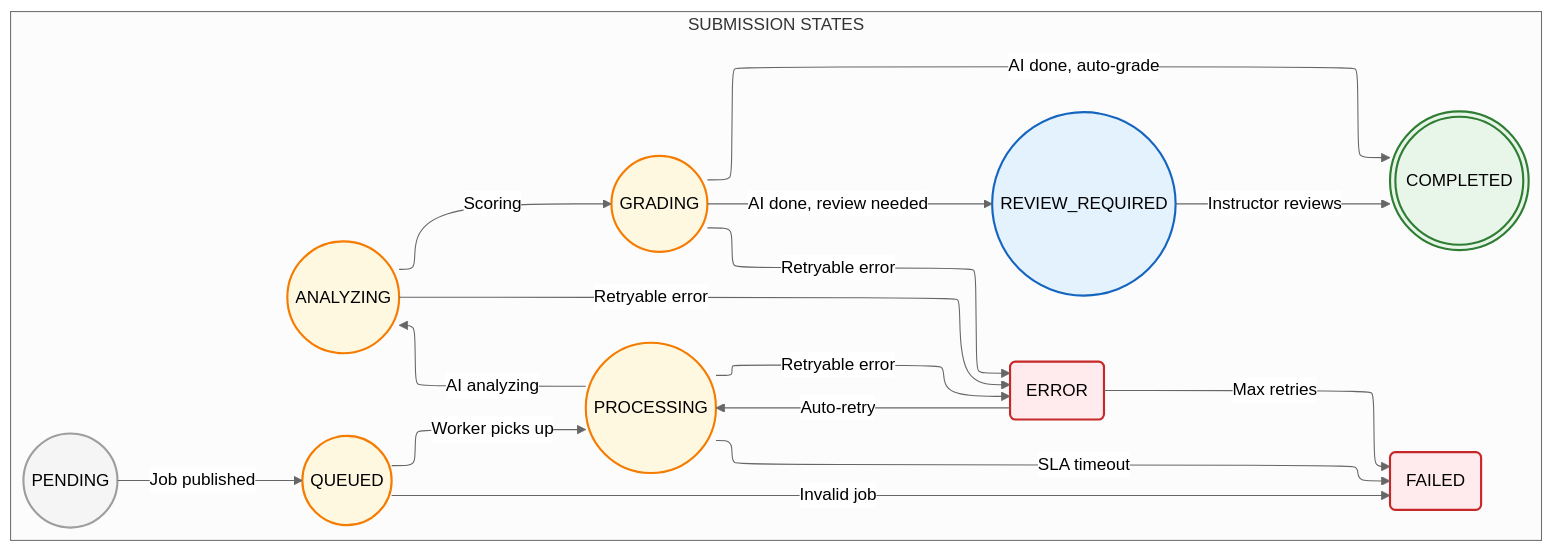
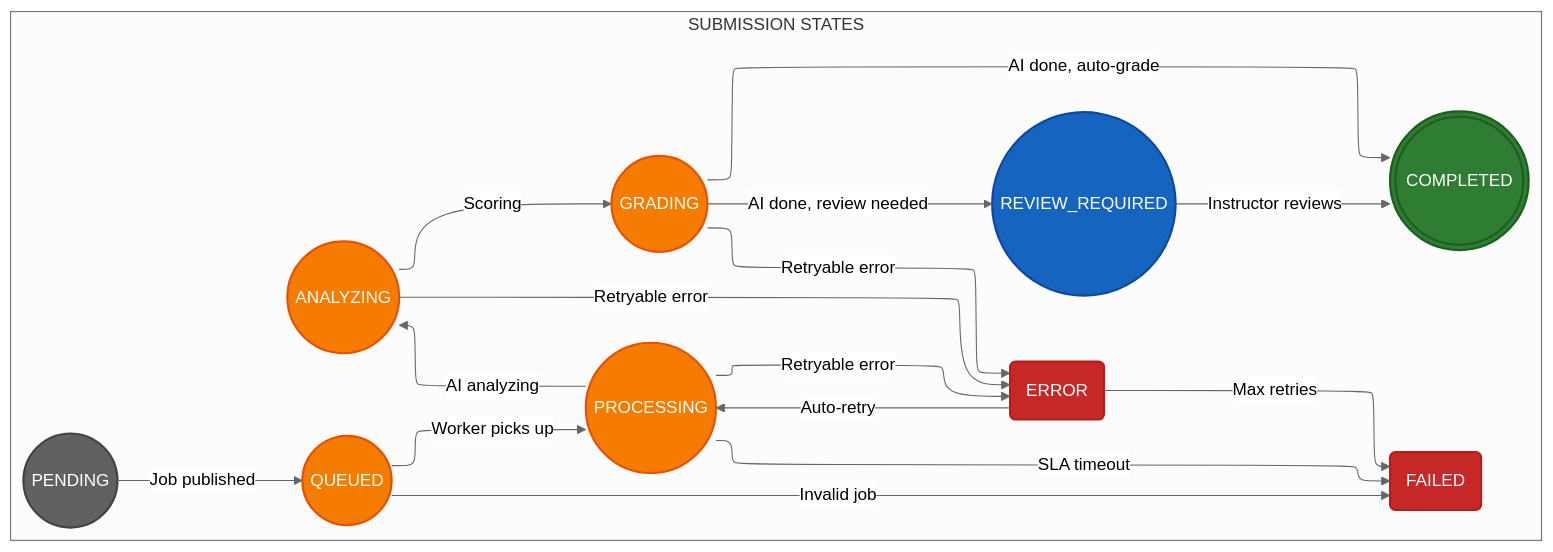
One commit to nghyane/VSTEP changed the fifth of 12 diagrams in docs/capstone/diagrams/flow-diagrams.vi.md. Above: the diagram before and after it, drawn with Mermaid (neutral theme). The commit also changed other lines of this file, not shown here.

First line of the commit message:
fix(docs): update diagram colors for dark mode compatibility

````diff
--- a/docs/capstone/diagrams/flow-diagrams.vi.md
+++ b/docs/capstone/diagrams/flow-diagrams.vi.md
@@ -228,49 +228,49 @@
 ```mermaid
 ---
 config:
   layout: elk
 ---
 flowchart TB
     subgraph States["SUBMISSION STATES"]
         direction LR
         PENDING@{ shape: circle, label: "PENDING" }
         QUEUED@{ shape: circle, label: "QUEUED" }
         PROCESSING@{ shape: circle, label: "PROCESSING" }
         ANALYZING@{ shape: circle, label: "ANALYZING" }
         GRADING@{ shape: circle, label: "GRADING" }
         COMPLETED@{ shape: dbl-circ, label: "COMPLETED" }
         ERROR@{ shape: rounded, label: "ERROR" }
         FAILED@{ shape: rounded, label: "FAILED" }
         REVIEW@{ shape: circle, label: "REVIEW_REQUIRED" }
     end
 
     PENDING -->|"Job published"| QUEUED
     QUEUED -->|"Worker picks up"| PROCESSING
     PROCESSING -->|"AI analyzing"| ANALYZING
     ANALYZING -->|"Scoring"| GRADING
     GRADING -->|"AI done, auto-grade"| COMPLETED
     GRADING -->|"AI done, review needed"| REVIEW
     REVIEW -->|"Instructor reviews"| COMPLETED
     
     PROCESSING -->|"Retryable error"| ERROR
     ANALYZING -->|"Retryable error"| ERROR
     GRADING -->|"Retryable error"| ERROR
     
     ERROR -->|"Auto-retry"| PROCESSING
     ERROR -->|"Max retries"| FAILED
     
     QUEUED -->|"Invalid job"| FAILED
     PROCESSING -->|"SLA timeout"| FAILED
 
-    classDef pending fill:#f5f5f5,stroke:#9e9e9e,stroke-width:2px
-    classDef active fill:#fff8e1,stroke:#f57c00,stroke-width:2px
-    classDef success fill:#e8f5e9,stroke:#2e7d32,stroke-width:2px
-    classDef error fill:#ffebee,stroke:#c62828,stroke-width:2px
-    classDef review fill:#e3f2fd,stroke:#1565c0,stroke-width:2px
+    classDef pending fill:#616161,stroke:#424242,stroke-width:2px,color:#fff
+    classDef active fill:#f57c00,stroke:#e65100,stroke-width:2px,color:#fff
+    classDef success fill:#2e7d32,stroke:#1b5e20,stroke-width:2px,color:#fff
+    classDef error fill:#c62828,stroke:#b71c1c,stroke-width:2px,color:#fff
+    classDef review fill:#1565c0,stroke:#0d47a1,stroke-width:2px,color:#fff
 
     class PENDING pending
     class QUEUED,PROCESSING,ANALYZING,GRADING active
     class COMPLETED success
     class ERROR,FAILED error
     class REVIEW review
 ```
````
